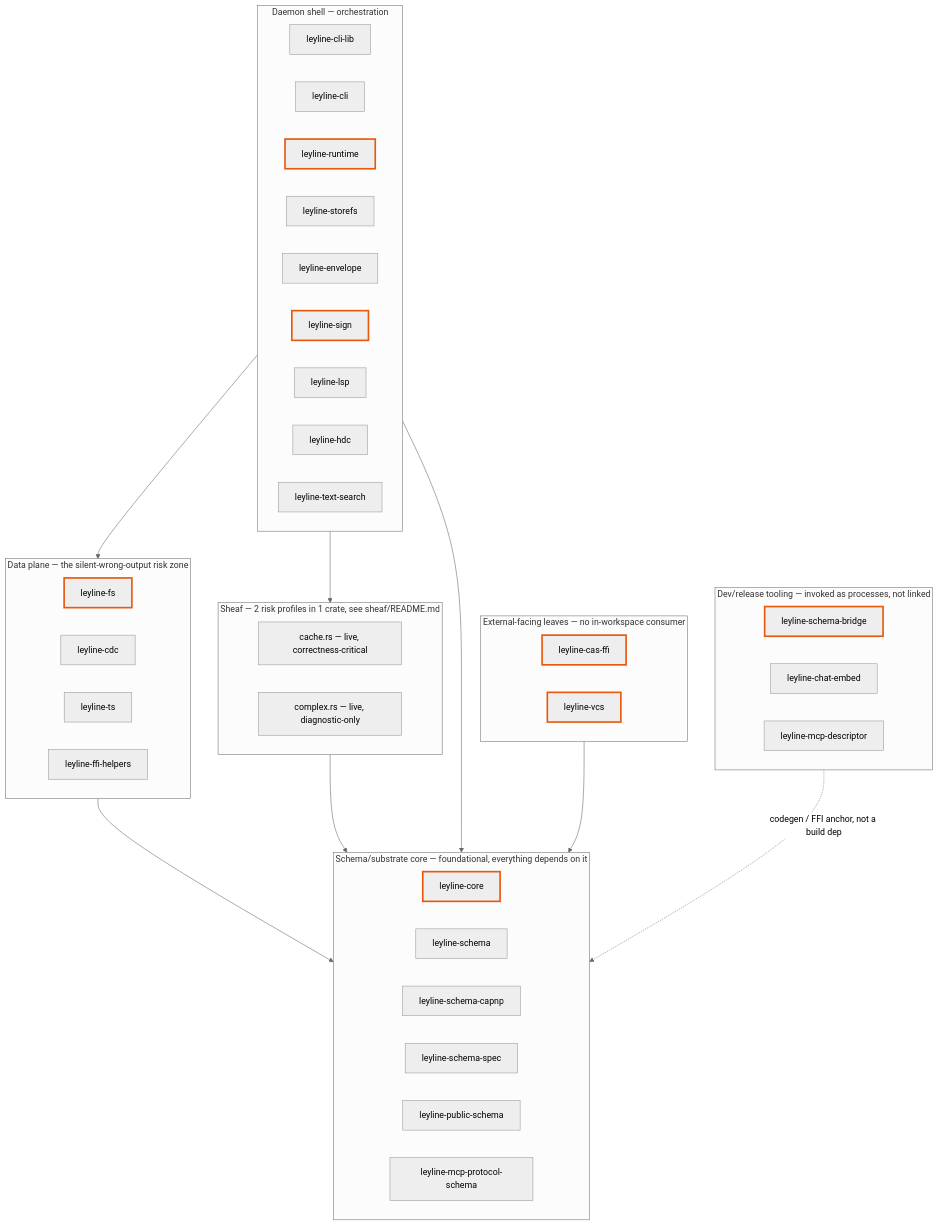
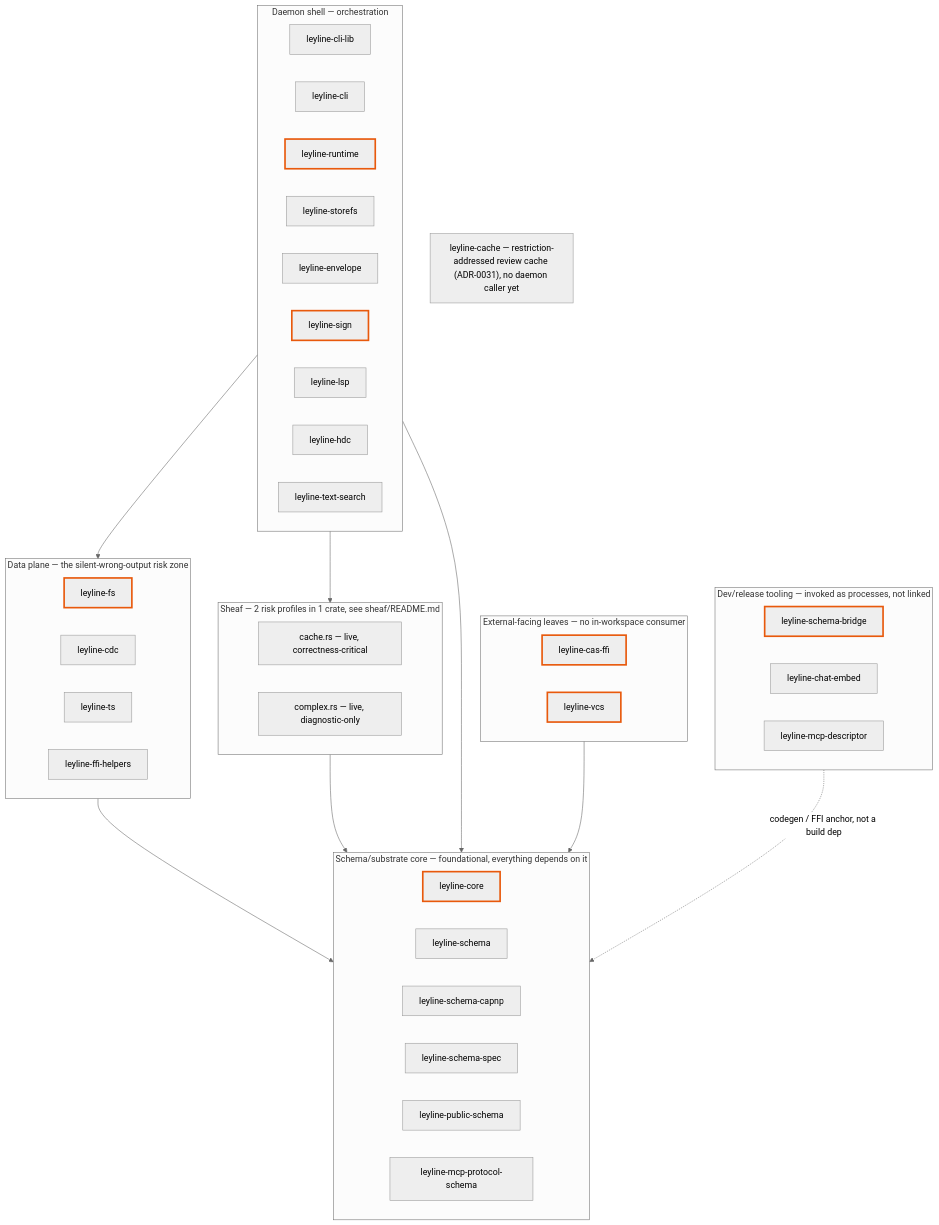
The diagram in rs/README.md (agentic-research/ley-line-open), drawn with Mermaid (neutral theme) before and after one commit. The commit also changed other lines of this file and 24 other files, not shown here.

First line of the commit message:
[ley-line-open-754aa1] leyline-cache: restore the restriction cache with a lawful key and a five-arm ablation (#522)

````diff
--- a/rs/README.md
+++ b/rs/README.md
@@ -44,57 +45,59 @@
 ```mermaid
 graph TD
     subgraph Substrate["Schema/substrate core — foundational, everything depends on it"]
         core[leyline-core]
         schema[leyline-schema]
         capnp[leyline-schema-capnp]
         spec[leyline-schema-spec]
         pubschema[leyline-public-schema]
         mcpproto[leyline-mcp-protocol-schema]
     end
 
     subgraph DataPlane["Data plane — the silent-wrong-output risk zone"]
         fs[leyline-fs]
         cdc[leyline-cdc]
         ts[leyline-ts]
         ffi[leyline-ffi-helpers]
     end
 
     subgraph Sheaf["Sheaf — 2 risk profiles in 1 crate, see sheaf/README.md"]
         sheafcache["cache.rs — live, correctness-critical"]
         sheafcomplex["complex.rs — live, diagnostic-only"]
     end
+
+    restrictioncache["leyline-cache — restriction-addressed review cache (ADR-0031), no daemon caller yet"]
 
     subgraph DaemonShell["Daemon shell — orchestration"]
         clilib[leyline-cli-lib]
         cli[leyline-cli]
         runtime[leyline-runtime]
         storefs[leyline-storefs]
         envelope[leyline-envelope]
         sign[leyline-sign]
         lsp[leyline-lsp]
         hdc[leyline-hdc]
         textsearch[leyline-text-search]
     end
 
     subgraph ExternalLeaves["External-facing leaves — no in-workspace consumer"]
         casffi[leyline-cas-ffi]
         vcs[leyline-vcs]
     end
 
     subgraph Tools["Dev/release tooling — invoked as processes, not linked"]
         schemabridge[leyline-schema-bridge]
         chatembed[leyline-chat-embed]
         mcpdesc[leyline-mcp-descriptor]
     end
 
     DataPlane --> Substrate
     Sheaf --> Substrate
     DaemonShell --> DataPlane
     DaemonShell --> Sheaf
     DaemonShell --> Substrate
     ExternalLeaves --> Substrate
     Tools -.->|codegen / FFI anchor, not a build dep| Substrate
 
     classDef external stroke:#e8590c,stroke-width:3px
     class fs,runtime,sign,core,casffi,vcs,schemabridge external
 ```
````
